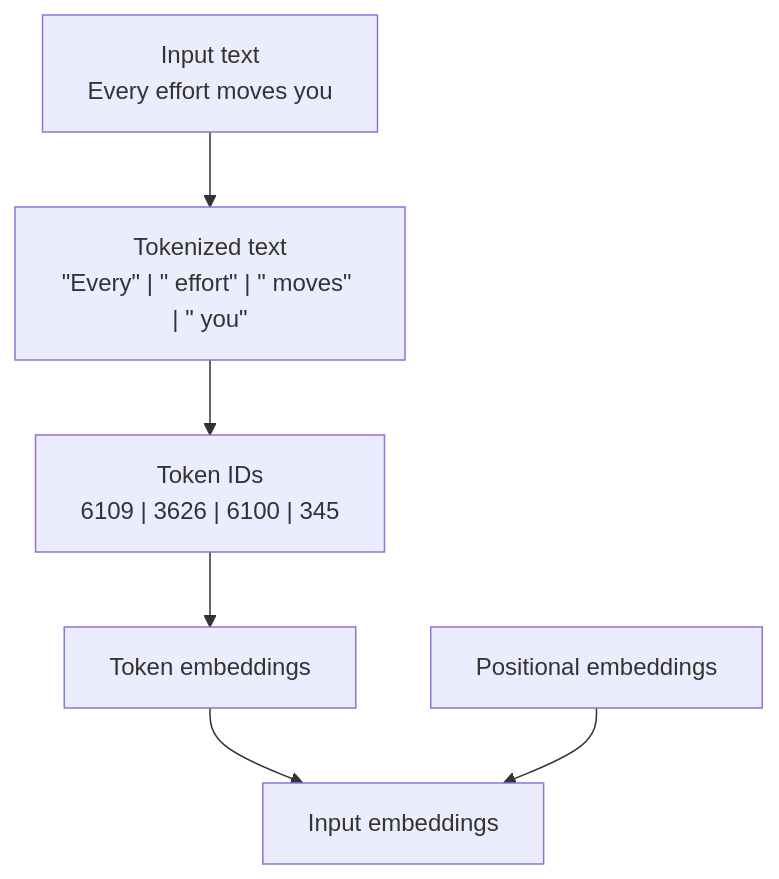
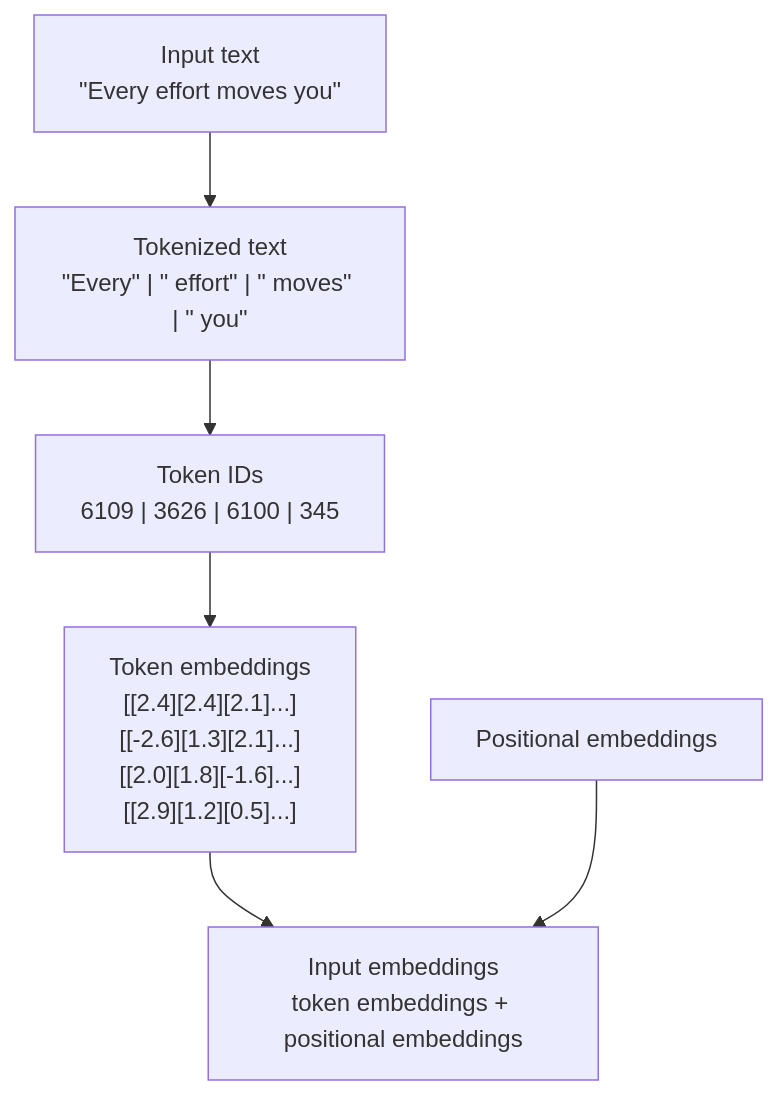
The diagram in src/1.3_EMBEDDING.md (vielhuber/hellollm), drawn with Mermaid before and after one commit. The commit also changed 4 other files, not shown here.

Commit message:
- Add clickable mermaid node to 1.0_PRETRAINING.md for "Open training data" and "Open flow". - Add clickable mermaid node to 1.2_FLOW.md for "Open embedding flow" and "Open model flow". - Enhance descriptions in 1.3_EMBEDDING.md and 1.4_MODEL.md with detailed data and calculations.

````diff
--- a/src/1.3_EMBEDDING.md
+++ b/src/1.3_EMBEDDING.md
@@ -1,12 +1,12 @@
 ```mermaid
 flowchart TD
-    A["Input text<br/>Every effort moves you"]
+    A["Input text<br/>&quot;Every effort moves you&quot;"]
     B["Tokenized text<br/>&quot;Every&quot; | &quot; effort&quot; | &quot; moves&quot; | &quot; you&quot;"]
     C["Token IDs<br/>6109 | 3626 | 6100 | 345"]
-    D["Token embeddings"]
+    D["Token embeddings<br/>[[2.4][2.4][2.1]...]<br/>[[-2.6][1.3][2.1]...]<br/>[[2.0][1.8][-1.6]...]<br/>[[2.9][1.2][0.5]...]"]
     E["Positional embeddings"]
-    F["Input embeddings"]
+    F["Input embeddings<br/>token embeddings + positional embeddings"]
 
     A --> B --> C --> D --> F
     E --> F
 ```
````
